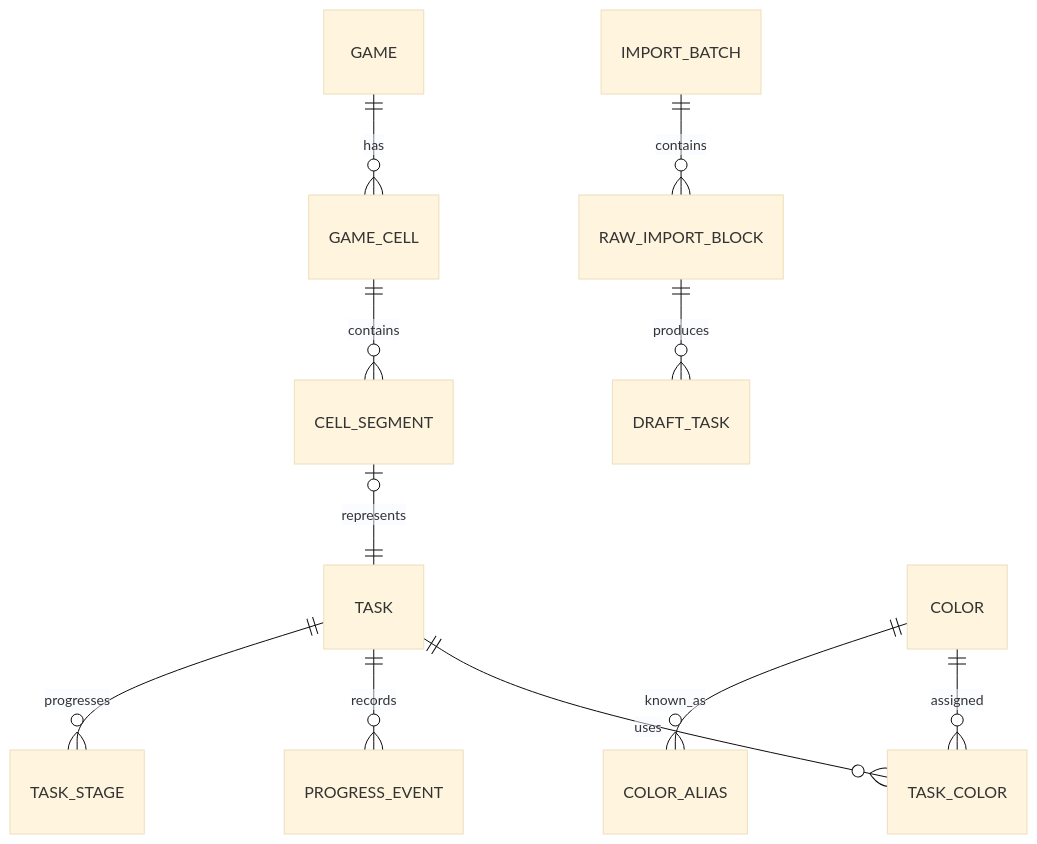
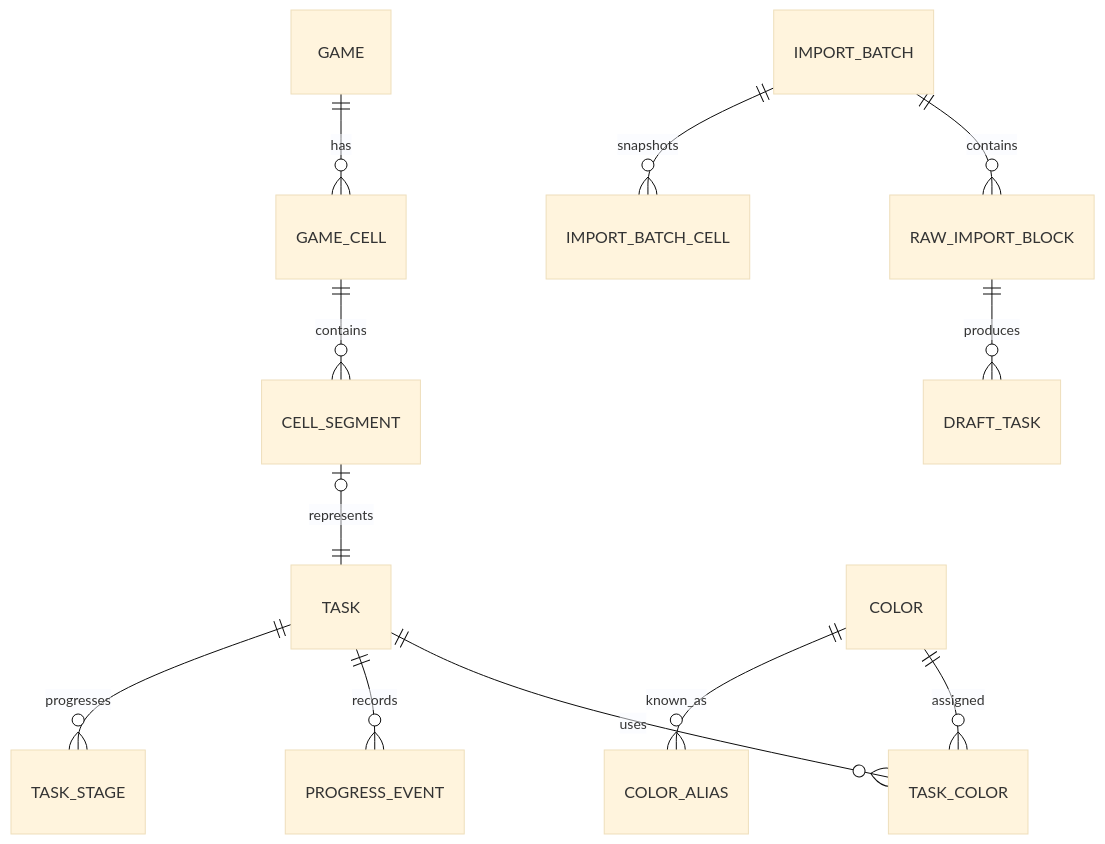
Before and after one commit to Abisiba/pnp-tracker: the diagram in PLAN.md, drawn with Mermaid (base theme). The commit also changed other lines of this file and 1 other file, not shown here.

First line of the commit message:
docs: define protected import rollback semantics

````diff
--- a/PLAN.md
+++ b/PLAN.md
@@ -120,13 +120,14 @@
 ```mermaid
 erDiagram
     GAME ||--o{ GAME_CELL : has
     GAME_CELL ||--o{ CELL_SEGMENT : contains
     CELL_SEGMENT |o--|| TASK : represents
     TASK ||--o{ TASK_COLOR : uses
     COLOR ||--o{ TASK_COLOR : assigned
     COLOR ||--o{ COLOR_ALIAS : known_as
     TASK ||--o{ PROGRESS_EVENT : records
     TASK ||--o{ TASK_STAGE : progresses
     IMPORT_BATCH ||--o{ RAW_IMPORT_BLOCK : contains
+    IMPORT_BATCH ||--o{ IMPORT_BATCH_CELL : snapshots
     RAW_IMPORT_BLOCK ||--o{ DRAFT_TASK : produces
 ```
````
